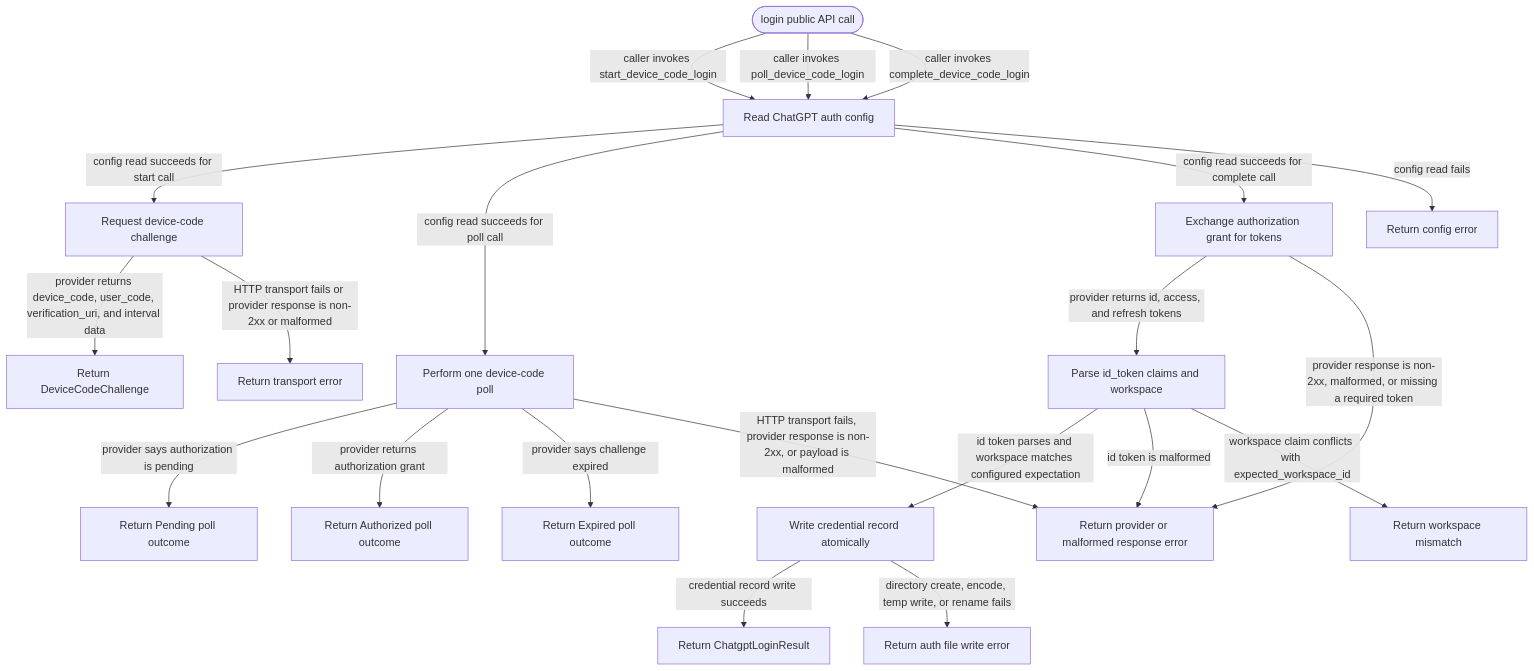
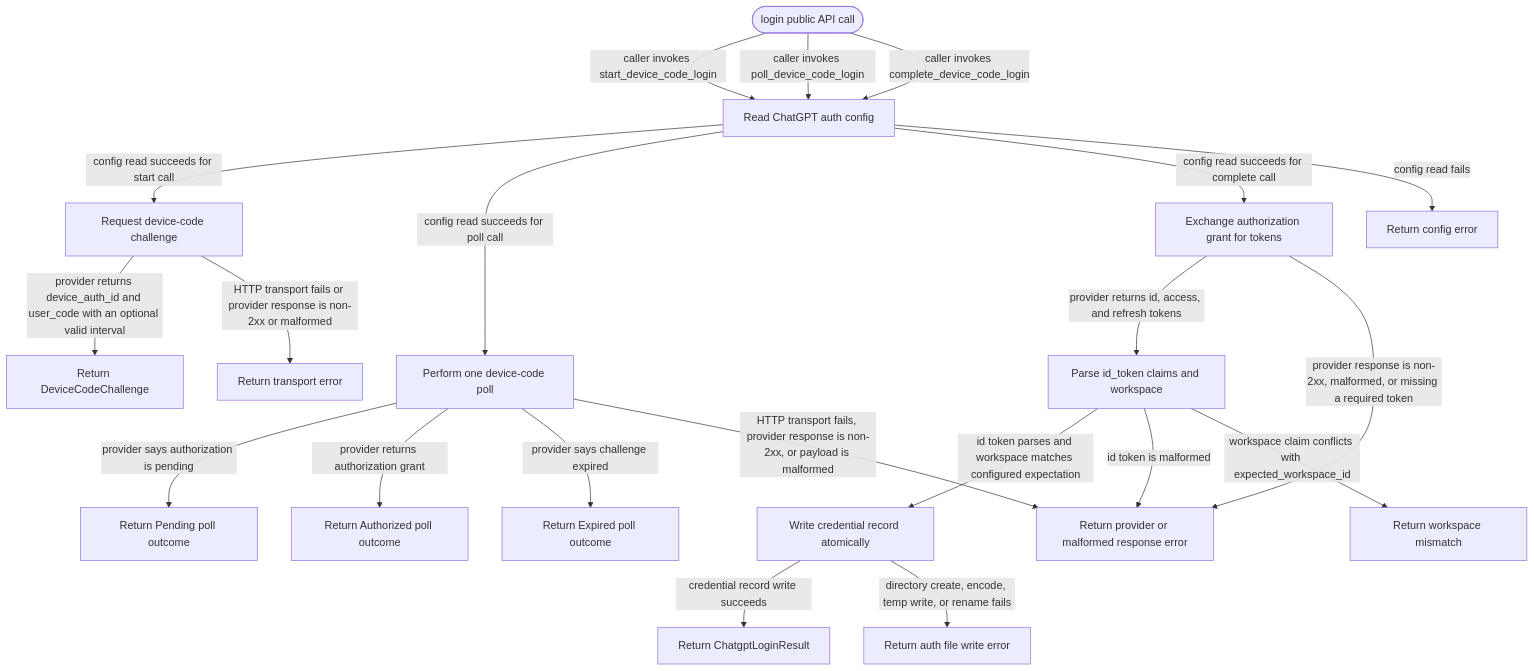
The diagram in crates/chatgpt-login/README.md (JiaJunDeng5930/Selvedge), drawn with Mermaid before and after one commit. The commit also changed other lines of this file and 21 other files, not shown here.

````diff
--- a/crates/chatgpt-login/README.md
+++ b/crates/chatgpt-login/README.md
@@ -88,41 +90,41 @@
 ```mermaid
 flowchart TD
   Start([login public API call])
   ReadConfig[Read ChatGPT auth config]
   StartChallenge[Request device-code challenge]
   Poll[Perform one device-code poll]
   Exchange[Exchange authorization grant for tokens]
   ValidateClaims[Parse id_token claims and workspace]
   Persist[Write credential record atomically]
   Challenge[Return DeviceCodeChallenge]
   Pending[Return Pending poll outcome]
   Authorized[Return Authorized poll outcome]
   Expired[Return Expired poll outcome]
   Success[Return ChatgptLoginResult]
   ConfigError[Return config error]
   TransportError[Return transport error]
   ProviderError[Return provider or malformed response error]
   WorkspaceError[Return workspace mismatch]
   FileError[Return auth file write error]
 
   Start -->|caller invokes start_device_code_login| ReadConfig
   Start -->|caller invokes poll_device_code_login| ReadConfig
   Start -->|caller invokes complete_device_code_login| ReadConfig
   ReadConfig -->|config read succeeds for start call| StartChallenge
   ReadConfig -->|config read succeeds for poll call| Poll
   ReadConfig -->|config read succeeds for complete call| Exchange
   ReadConfig -->|config read fails| ConfigError
-  StartChallenge -->|provider returns device_code, user_code, verification_uri, and interval data| Challenge
+  StartChallenge -->|provider returns device_auth_id and user_code with an optional valid interval| Challenge
   StartChallenge -->|HTTP transport fails or provider response is non-2xx or malformed| TransportError
   Poll -->|provider says authorization is pending| Pending
   Poll -->|provider returns authorization grant| Authorized
   Poll -->|provider says challenge expired| Expired
   Poll -->|HTTP transport fails, provider response is non-2xx, or payload is malformed| ProviderError
   Exchange -->|provider returns id, access, and refresh tokens| ValidateClaims
   Exchange -->|provider response is non-2xx, malformed, or missing a required token| ProviderError
   ValidateClaims -->|id token parses and workspace matches configured expectation| Persist
   ValidateClaims -->|id token is malformed| ProviderError
   ValidateClaims -->|workspace claim conflicts with expected_workspace_id| WorkspaceError
   Persist -->|credential record write succeeds| Success
   Persist -->|directory create, encode, temp write, or rename fails| FileError
 ```
````
